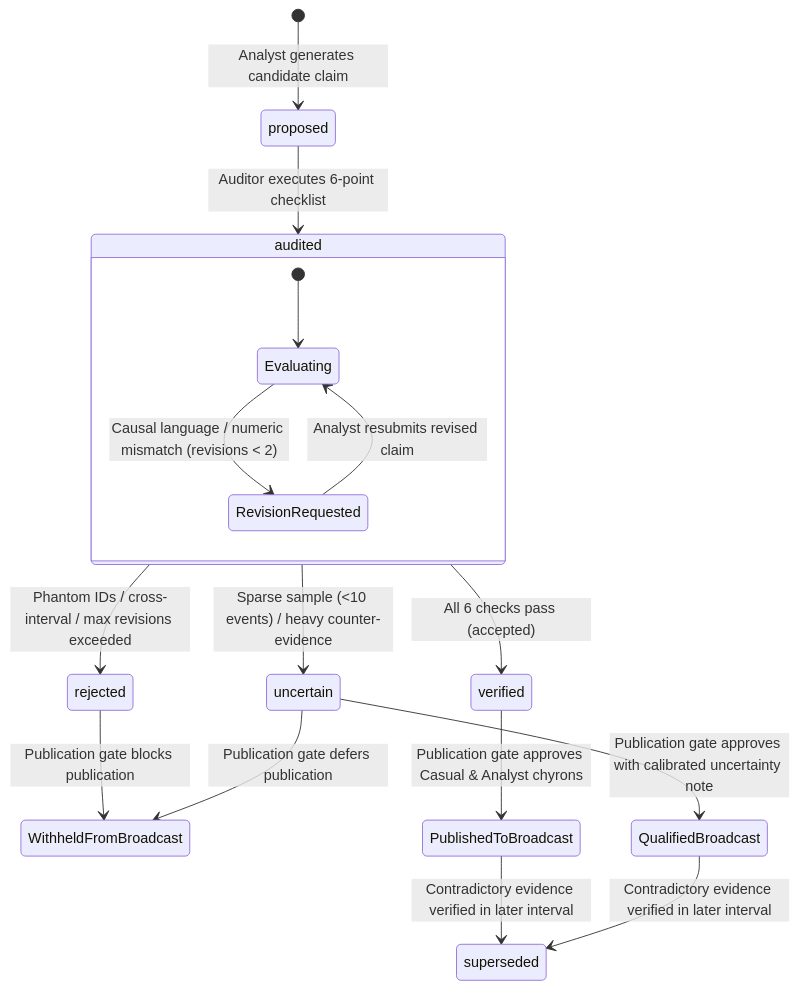
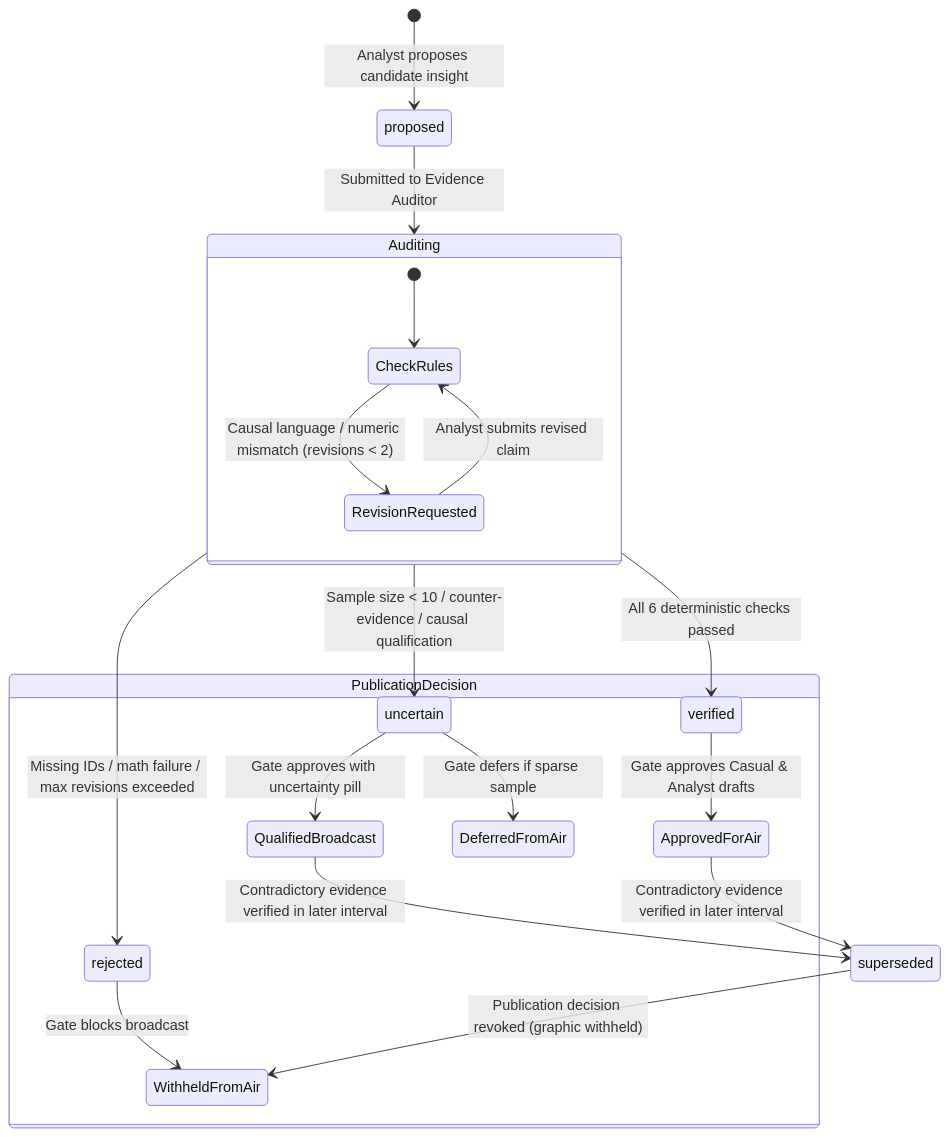
Before and after one commit to red-coder-27/proofline-fc: the fifth of 8 diagrams in README.md, drawn with Mermaid. The commit also changed other lines of this file and 5 other files, not shown here.

````diff
--- a/README.md
+++ b/README.md
@@ -145,23 +343,27 @@
 ```mermaid
 stateDiagram-v2
-    [*] --> proposed: Analyst generates candidate claim
-    proposed --> audited: Auditor executes 6-point checklist
+    [*] --> proposed: Analyst proposes candidate insight
+    proposed --> Auditing: Submitted to Evidence Auditor
 
-    state audited {
-        [*] --> Evaluating
-        Evaluating --> RevisionRequested: Causal language / numeric mismatch (revisions < 2)
-        RevisionRequested --> Evaluating: Analyst resubmits revised claim
+    state Auditing {
+        [*] --> CheckRules
+        CheckRules --> RevisionRequested: Causal language / numeric mismatch (revisions < 2)
+        RevisionRequested --> CheckRules: Analyst submits revised claim
     }
 
-    audited --> rejected: Phantom IDs / cross-interval / max revisions exceeded
-    audited --> uncertain: Sparse sample (<10 events) / heavy counter-evidence
-    audited --> verified: All 6 checks pass (accepted)
+    Auditing --> rejected: Missing IDs / math failure / max revisions exceeded
+    Auditing --> uncertain: Sample size < 10 / counter-evidence / causal qualification
+    Auditing --> verified: All 6 deterministic checks passed
 
-    rejected --> WithheldFromBroadcast: Publication gate blocks publication
-    uncertain --> QualifiedBroadcast: Publication gate approves with calibrated uncertainty note
-    uncertain --> WithheldFromBroadcast: Publication gate defers publication
-    verified --> PublishedToBroadcast: Publication gate approves Casual & Analyst chyrons
+    state PublicationDecision {
+        rejected --> WithheldFromAir: Gate blocks broadcast
+        uncertain --> QualifiedBroadcast: Gate approves with uncertainty pill
+        uncertain --> DeferredFromAir: Gate defers if sparse sample
+        verified --> ApprovedForAir: Gate approves Casual & Analyst drafts
+    }
 
-    PublishedToBroadcast --> superseded: Contradictory evidence verified in later interval
+    ApprovedForAir --> superseded: Contradictory evidence verified in later interval
     QualifiedBroadcast --> superseded: Contradictory evidence verified in later interval
+
+    superseded --> WithheldFromAir: Publication decision revoked (graphic withheld)
 ```
````
